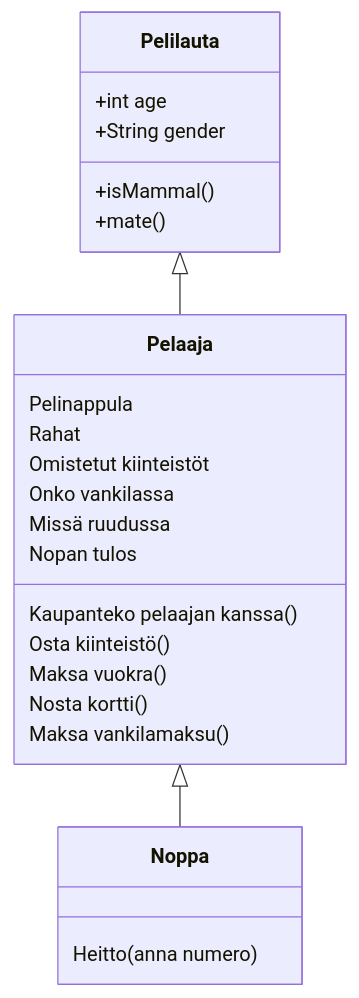
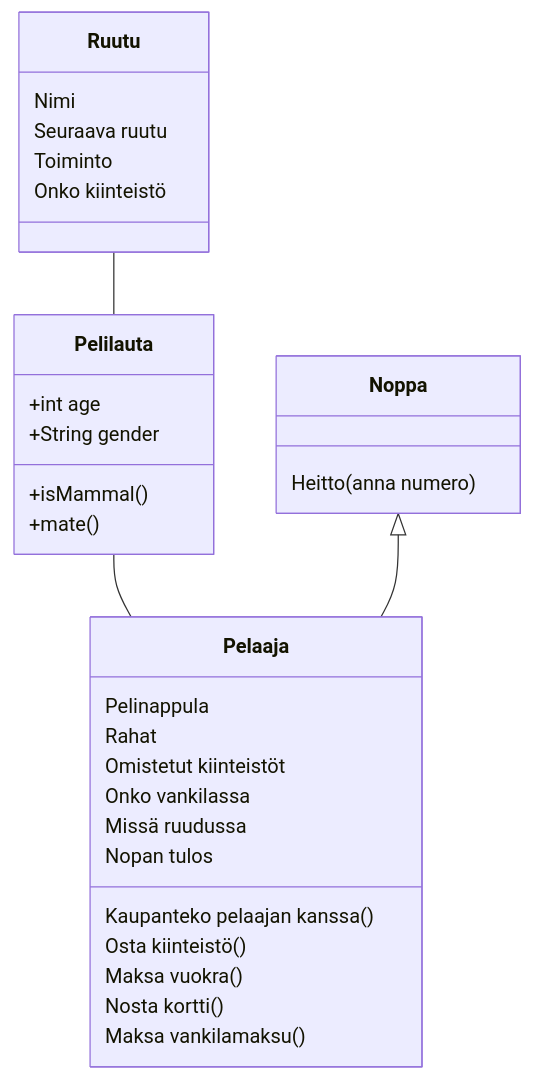
Before and after one commit to kodtld/TravelHub: the diagram in laskarit/viikko3/luokkakaavio.md, drawn with Mermaid.

````diff
--- a/laskarit/viikko3/luokkakaavio.md
+++ b/laskarit/viikko3/luokkakaavio.md
@@ -1,30 +1,36 @@
 ```mermaid
  classDiagram
-      Pelilauta <|-- Pelaaja
-      Pelaaja  <|-- Noppa 
+      Pelilauta -- Pelaaja
+      Noppa  <|-- Pelaaja
+      Ruutu -- Pelilauta
       Pelilauta : +int age
       Pelilauta : +String gender
       Pelilauta: +isMammal()
       Pelilauta: +mate()
 
       class Pelaaja{
           Pelinappula
           Rahat
           Omistetut kiinteistöt  
           Onko vankilassa
           Missä ruudussa
           Nopan tulos
           
-
           Kaupanteko pelaajan kanssa()
           Osta kiinteistö()
           Maksa vuokra()
           Nosta kortti()
           Maksa vankilamaksu()  
+      }
 
-      }
       class Noppa{
           Heitto(anna numero)
       }
 
+      class Ruutu{
+          Nimi
+          Seuraava ruutu
+          Toiminto
+          Onko kiinteistö
+      }
 ```
````
